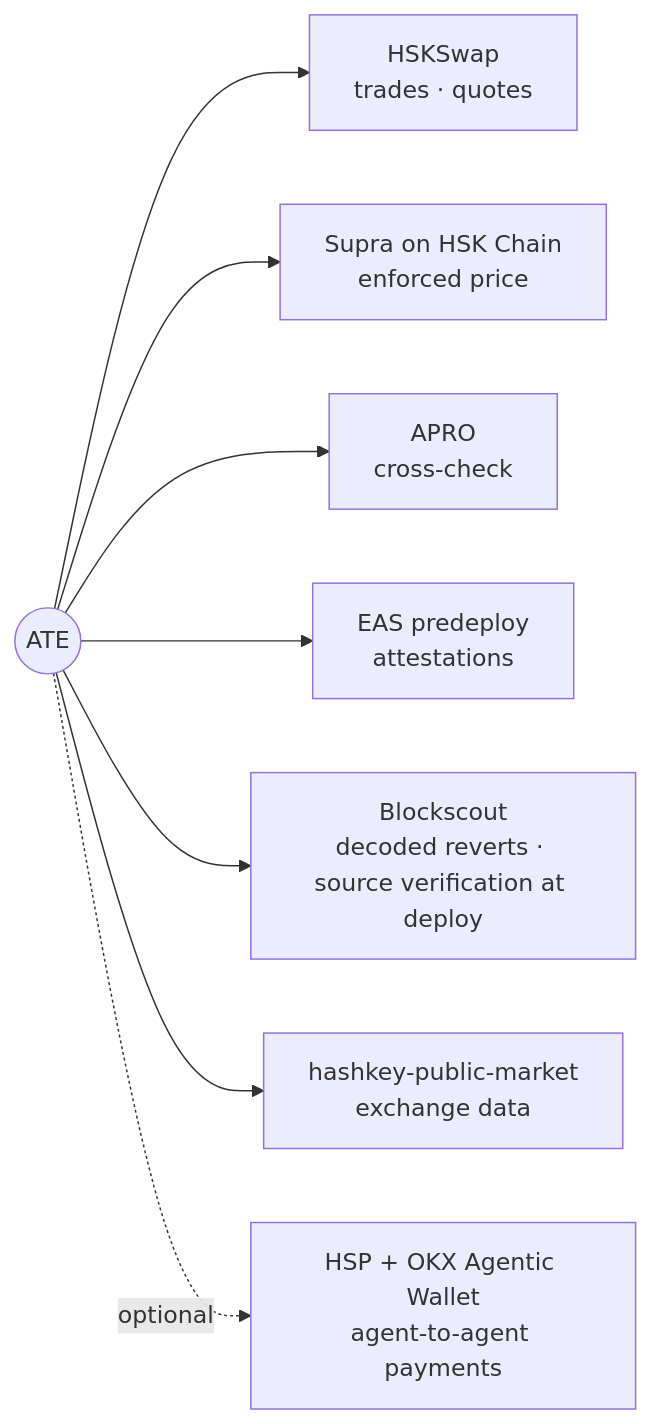
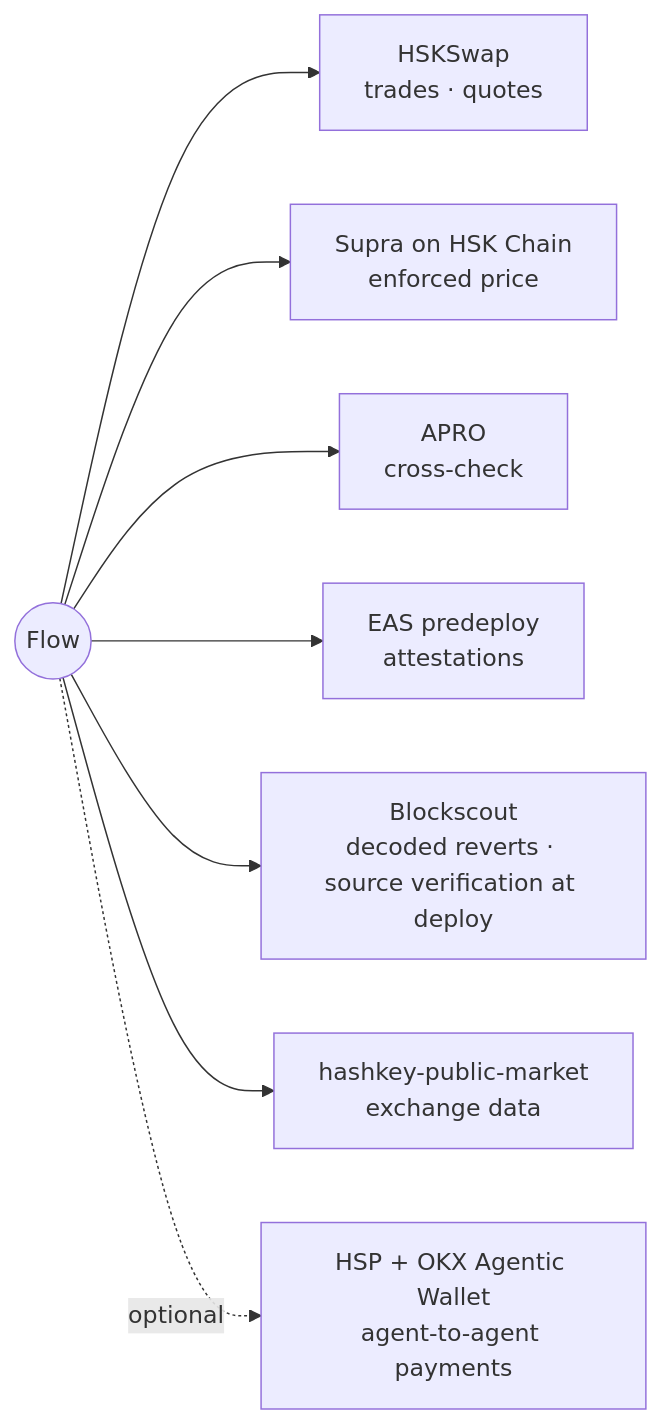
One commit to AceVikings/horizon-hack-flow changed the tenth of 11 diagrams in README.md. Above: the diagram before and after it, drawn with Mermaid. The commit also changed other lines of this file and 1 other file, not shown here.

Commit message:
README and evidence: Flow brand, real test counts, Sourcify links, testnet quickstart, risk assumptions, complete vault-check diagram

````diff
--- a/README.md
+++ b/README.md
@@ -401,10 +438,10 @@
 ```mermaid
 flowchart LR
-    ATE((ATE)) --> HS["HSKSwap<br/>trades · quotes"]
+    ATE((Flow)) --> HS["HSKSwap<br/>trades · quotes"]
     ATE --> SU["Supra on HSK Chain<br/>enforced price"]
     ATE --> AP["APRO<br/>cross-check"]
     ATE --> EA["EAS predeploy<br/>attestations"]
     ATE --> BS["Blockscout<br/>decoded reverts · source verification at deploy"]
     ATE --> HG["hashkey-public-market<br/>exchange data"]
     ATE -. "optional" .-> HSP["HSP + OKX Agentic Wallet<br/>agent-to-agent payments"]
 ```
````
